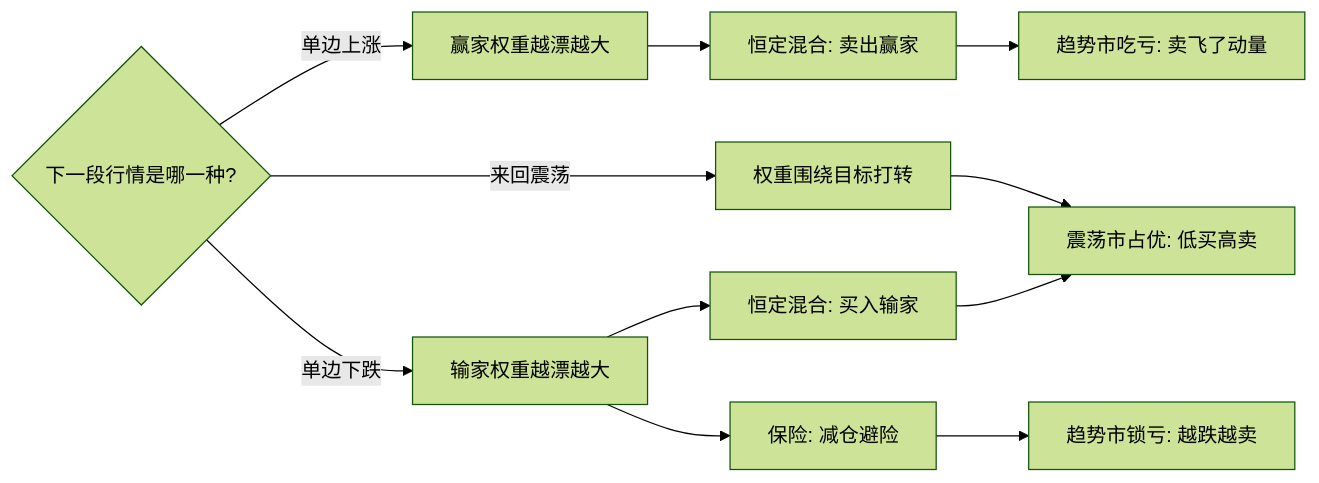
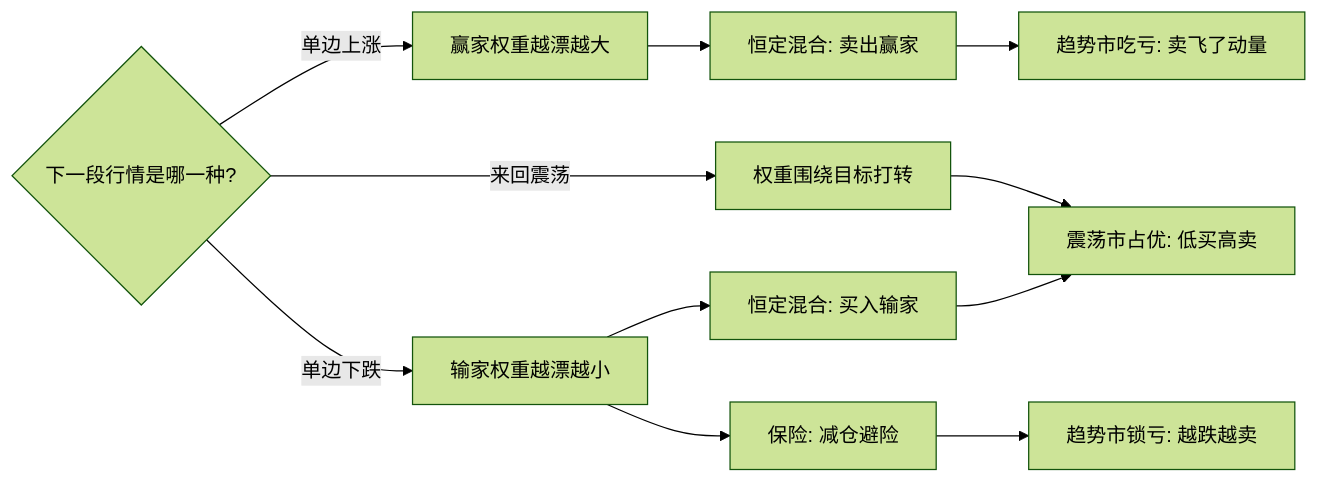
One commit to xhongduo-tech/xhongduo-tech.github.io changed the first of 2 diagrams in docs/quant/rebalance-rules.md. Above: the diagram before and after it, drawn with Mermaid (forest theme). The commit also changed other lines of this file and 2 other files, not shown here.

Commit message:
Content review quant-116: fix short-capacity direction, relative-bandwidth trigger, mermaid drift direction, coordinate descent translation.

````diff
--- a/docs/quant/rebalance-rules.md
+++ b/docs/quant/rebalance-rules.md
@@ -54,14 +54,14 @@
 ```mermaid
 flowchart LR
   Q{"下一段行情是哪一种?"}
   Q -->|"单边上涨"| UP["赢家权重越漂越大"]
-  Q -->|"单边下跌"| DN["输家权重越漂越大"]
+  Q -->|"单边下跌"| DN["输家权重越漂越小"]
   Q -->|"来回震荡"| OSC["权重围绕目标打转"]
   UP --> CMB["恒定混合: 卖出赢家"]
   DN --> CMD["恒定混合: 买入输家"]
   CMB --> T1["趋势市吃亏: 卖飞了动量"]
   CMD --> OSC1["震荡市占优: 低买高卖"]
   OSC --> OSC1
   DN --> CPP["保险: 减仓避险"]
   CPP --> T2["趋势市锁亏: 越跌越卖"]
 ```
````
